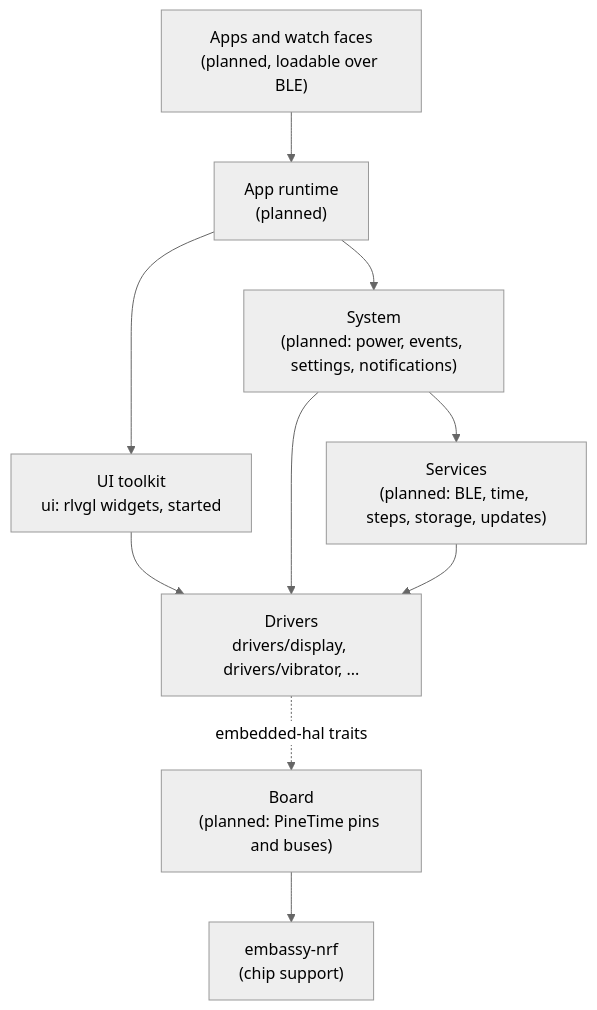
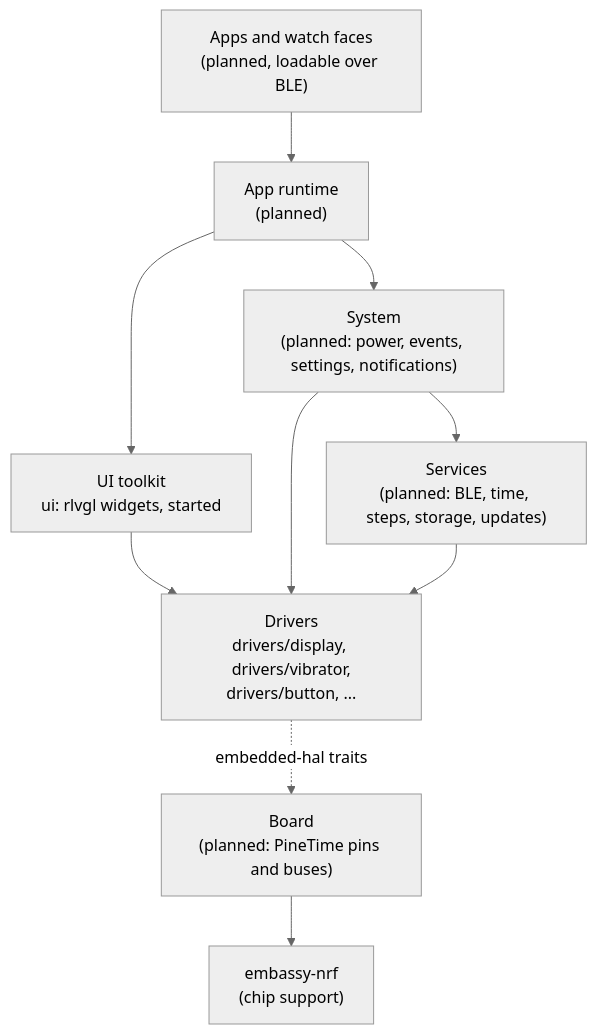
Before and after one commit to BeatLink/BattleTime: the diagram in docs/architecture.md, drawn with Mermaid (neutral theme). The commit also changed other lines of this file and 5 other files, not shown here.

````diff
--- a/docs/architecture.md
+++ b/docs/architecture.md
@@ -25,21 +26,21 @@
 ```mermaid
 flowchart TB
     apps["Apps and watch faces<br/>(planned, loadable over BLE)"]
     runtime["App runtime<br/>(planned)"]
     ui["UI toolkit<br/>ui: rlvgl widgets, started"]
     system["System<br/>(planned: power, events, settings, notifications)"]
     services["Services<br/>(planned: BLE, time, steps, storage, updates)"]
-    drivers["Drivers<br/>drivers/display, drivers/vibrator, ..."]
+    drivers["Drivers<br/>drivers/display, drivers/vibrator,<br/>drivers/button, ..."]
     board["Board<br/>(planned: PineTime pins and buses)"]
     hal["embassy-nrf<br/>(chip support)"]
 
     apps --> runtime
     runtime --> ui
     runtime --> system
     ui --> drivers
     system --> services
     system --> drivers
     services --> drivers
     drivers -. embedded-hal traits .-> board
     board --> hal
 ```
````
